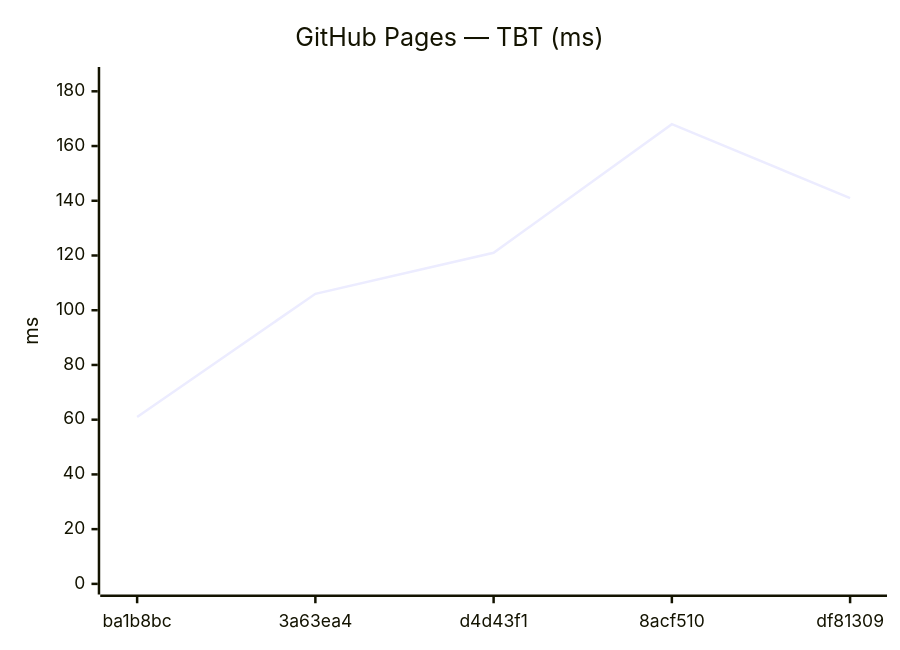
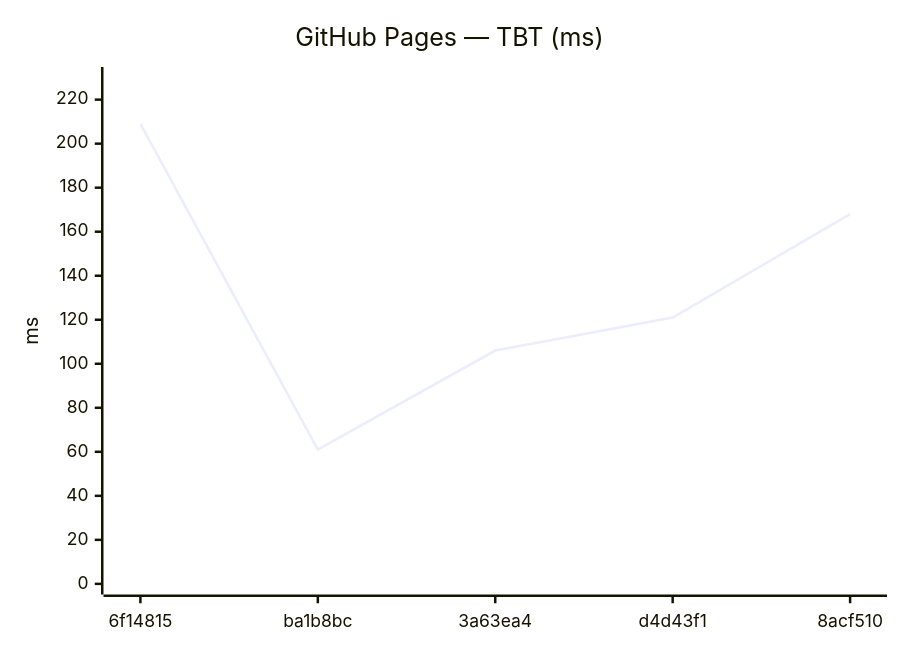
The tenth of 18 diagrams in benchmarks/compare.md (Metaheurist/Rianell), drawn with Mermaid before and after one commit. The commit also changed other lines of this file and 11 other files, not shown here.

````diff
--- a/benchmarks/compare.md
+++ b/benchmarks/compare.md
@@ -149,7 +149,7 @@
 ```mermaid
 xychart-beta
     title "GitHub Pages — TBT (ms)"
-    x-axis ["ba1b8bc", "3a63ea4", "d4d43f1", "8acf510", "df81309"]
-    y-axis "ms" 0 --> 185
-    line [61, 106, 121, 168, 141]
+    x-axis ["6f14815", "ba1b8bc", "3a63ea4", "d4d43f1", "8acf510"]
+    y-axis "ms" 0 --> 230
+    line [209, 61, 106, 121, 168]
 ```
````
